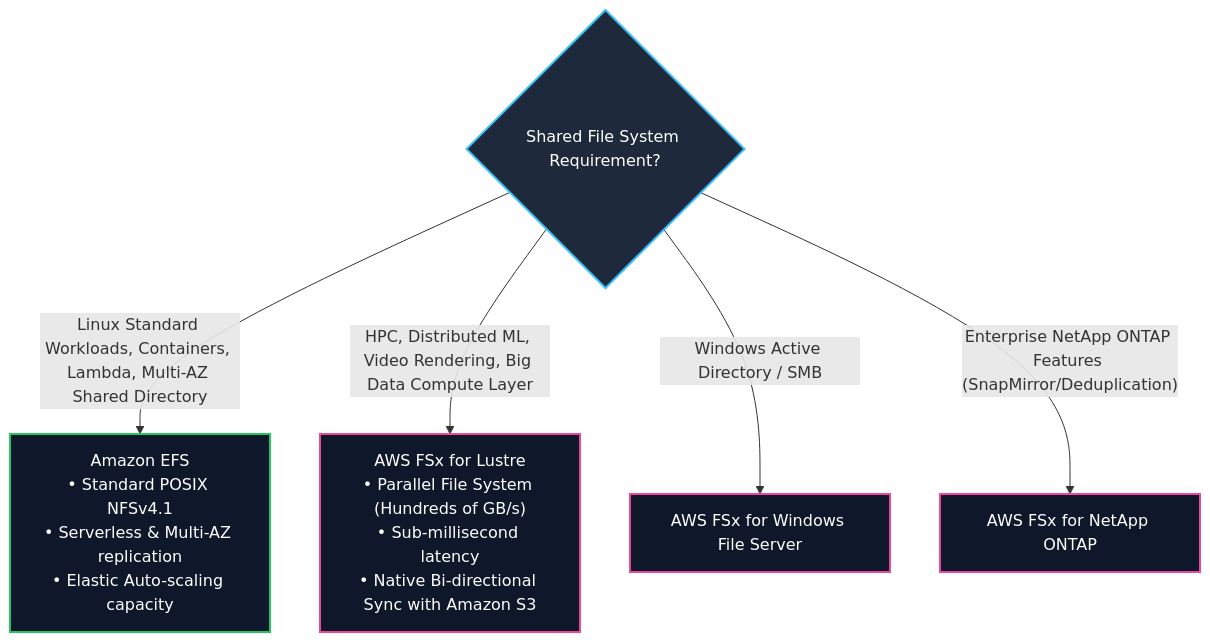
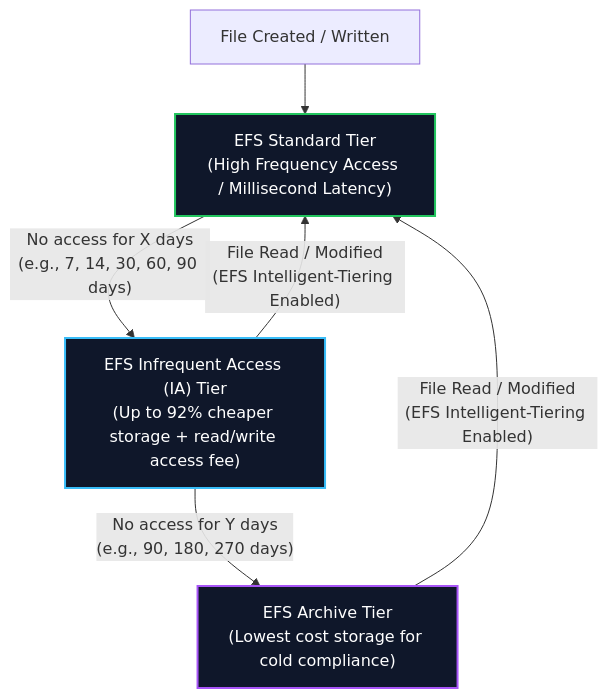
One commit to Wathon/aws-dea-c01-note changed the third of 9 diagrams in content/mm/02-services/storage/efs-and-fsx.md. Above: the diagram before and after it, drawn with Mermaid. The commit also changed other lines of this file and 41 other files, not shown here.

````diff
--- a/content/mm/02-services/storage/efs-and-fsx.md
+++ b/content/mm/02-services/storage/efs-and-fsx.md
@@ -88,20 +156,19 @@
 ```mermaid
 graph TD
-    DecisionRoot{Shared File System Requirement?}
+    Write["File Created / Written"] --> Standard["EFS Standard Tier<br/>(High Frequency Access / Millisecond Latency)"]
+    
+    Standard -->|"No access for X days<br/>(e.g., 7, 14, 30, 60, 90 days)"| IA["EFS Infrequent Access (IA) Tier<br/>(Up to 92% cheaper storage + read/write access fee)"]
+    
+    IA -->|"No access for Y days<br/>(e.g., 90, 180, 270 days)"| Archive["EFS Archive Tier<br/>(Lowest cost storage for cold compliance)"]
+    
+    IA -->|"File Read / Modified<br/>(EFS Intelligent-Tiering Enabled)"| Standard
+    Archive -->|"File Read / Modified<br/>(EFS Intelligent-Tiering Enabled)"| Standard
 
-    DecisionRoot -->|"Linux Standard Workloads, Containers, Lambda, Multi-AZ Shared Directory"| EFSBranch["Amazon EFS<br/>• Standard POSIX NFSv4.1<br/>• Serverless & Multi-AZ replication<br/>• Elastic Auto-scaling capacity"]
+    classDef std fill:#0f172a,stroke:#22c55e,stroke-width:2px,color:#fff;
+    classDef ia fill:#0f172a,stroke:#38bdf8,stroke-width:2px,color:#fff;
+    classDef arch fill:#0f172a,stroke:#a855f7,stroke-width:2px,color:#fff;
 
-    DecisionRoot -->|"HPC, Distributed ML, Video Rendering, Big Data Compute Layer"| FSxLBranch["AWS FSx for Lustre<br/>• Parallel File System (Hundreds of GB/s)<br/>• Sub-millisecond latency<br/>• Native Bi-directional Sync with Amazon S3"]
-
-    DecisionRoot -->|"Windows Active Directory / SMB"| FSxWBranch["AWS FSx for Windows File Server"]
-
-    DecisionRoot -->|"Enterprise NetApp ONTAP Features (SnapMirror/Deduplication)"| FSxOBranch["AWS FSx for NetApp ONTAP"]
-
-    classDef dec fill:#1e293b,stroke:#38bdf8,stroke-width:2px,color:#fff;
-    classDef efs fill:#0f172a,stroke:#22c55e,stroke-width:2px,color:#fff;
-    classDef fsx fill:#0f172a,stroke:#ec4899,stroke-width:2px,color:#fff;
-
-    class DecisionRoot dec;
-    class EFSBranch efs;
-    class FSxLBranch,FSxWBranch,FSxOBranch fsx;
+    class Standard std;
+    class IA ia;
+    class Archive arch;
 ```
````
